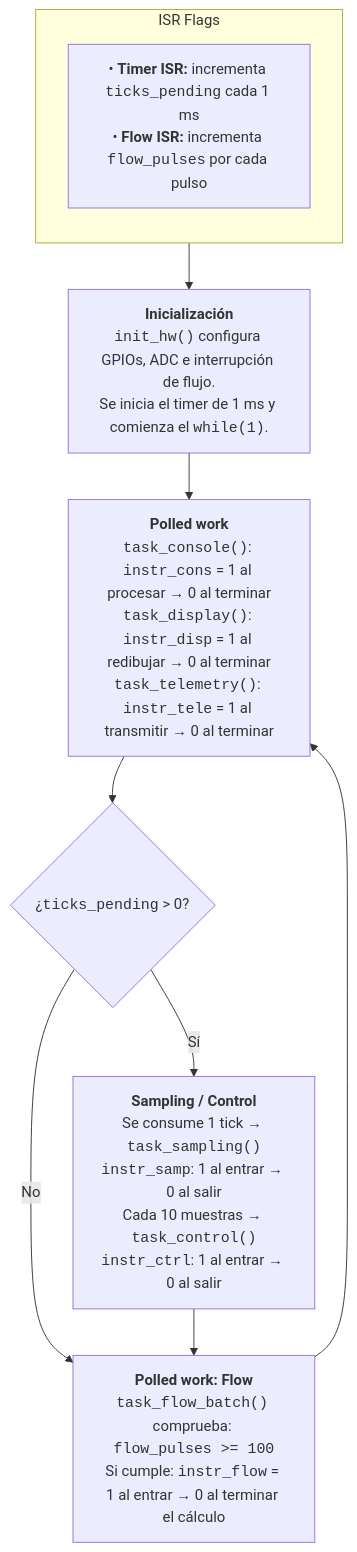
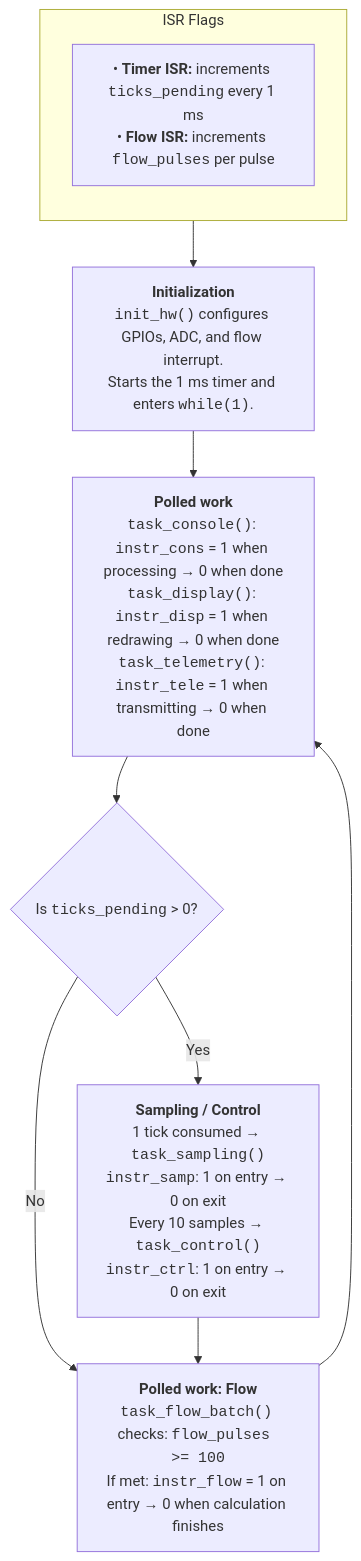
One commit to JFelipe33/Real-Time-Systems- changed the diagram in ret.md. Above: the diagram before and after it, drawn with Mermaid. The commit also changed other lines of this file, not shown here.

````diff
--- a/ret.md
+++ b/ret.md
@@ -65,25 +65,25 @@
 ```mermaid
 flowchart TD
     subgraph ISR["ISR Flags"]
         direction TB
-        isr_info["• <b>Timer ISR:</b> incrementa <code>ticks_pending</code> cada 1 ms<br/>• <b>Flow ISR:</b> incrementa <code>flow_pulses</code> por cada pulso"]
+        isr_info["• <b>Timer ISR:</b> increments <code>ticks_pending</code> every 1 ms<br/>• <b>Flow ISR:</b> increments <code>flow_pulses</code> per pulse"]
     end
 
-    init["<b>Inicialización</b><br/><code>init_hw()</code> configura GPIOs, ADC e interrupción de flujo.<br/>Se inicia el timer de 1 ms y comienza el <code>while(1)</code>."]
+    init["<b>Initialization</b><br/><code>init_hw()</code> configures GPIOs, ADC, and flow interrupt.<br/>Starts the 1 ms timer and enters <code>while(1)</code>."]
     
-    polled["<b>Polled work</b><br/><code>task_console()</code>: <code>instr_cons</code> = 1 al procesar → 0 al terminar<br/><code>task_display()</code>: <code>instr_disp</code> = 1 al redibujar → 0 al terminar<br/><code>task_telemetry()</code>: <code>instr_tele</code> = 1 al transmitir → 0 al terminar"]
+    polled["<b>Polled work</b><br/><code>task_console()</code>: <code>instr_cons</code> = 1 when processing → 0 when done<br/><code>task_display()</code>: <code>instr_disp</code> = 1 when redrawing → 0 when done<br/><code>task_telemetry()</code>: <code>instr_tele</code> = 1 when transmitting → 0 when done"]
     
-    tick{"¿<code>ticks_pending</code> > 0?"}
+    tick{"Is <code>ticks_pending</code> > 0?"}
     
-    sample["<b>Sampling / Control</b><br/>Se consume 1 tick → <code>task_sampling()</code><br/><code>instr_samp</code>: 1 al entrar → 0 al salir<br/>Cada 10 muestras → <code>task_control()</code><br/><code>instr_ctrl</code>: 1 al entrar → 0 al salir"]
+    sample["<b>Sampling / Control</b><br/>1 tick consumed → <code>task_sampling()</code><br/><code>instr_samp</code>: 1 on entry → 0 on exit<br/>Every 10 samples → <code>task_control()</code><br/><code>instr_ctrl</code>: 1 on entry → 0 on exit"]
     
-    flow["<b>Polled work: Flow</b><br/><code>task_flow_batch()</code> comprueba: <code>flow_pulses >= 100</code><br/>Si cumple: <code>instr_flow</code> = 1 al entrar → 0 al terminar el cálculo"]
+    flow["<b>Polled work: Flow</b><br/><code>task_flow_batch()</code> checks: <code>flow_pulses >= 100</code><br/>If met: <code>instr_flow</code> = 1 on entry → 0 when calculation finishes"]
 
     ISR --> init
     init --> polled
     polled --> tick
-    tick -- Sí --> sample
+    tick -- Yes --> sample
     tick -- No --> flow
     sample --> flow
     flow --> polled
 ```
````
